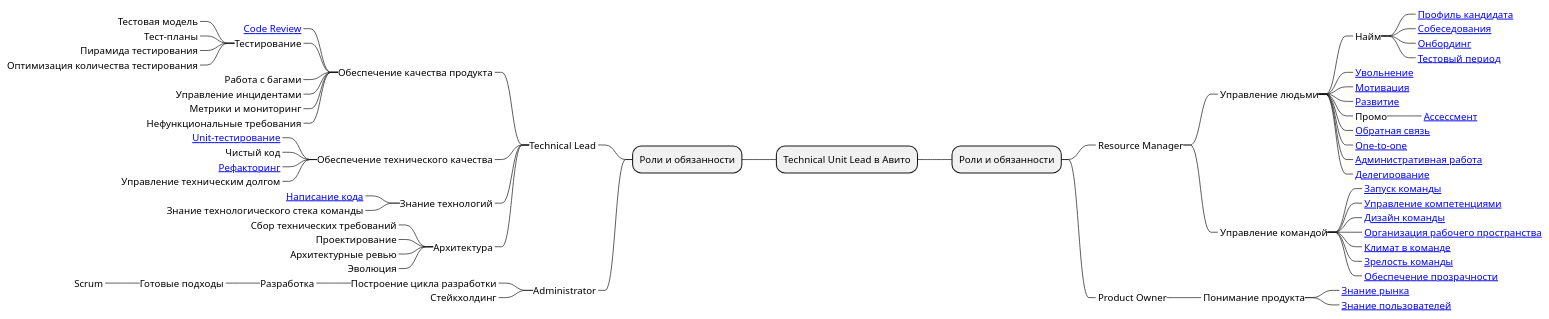
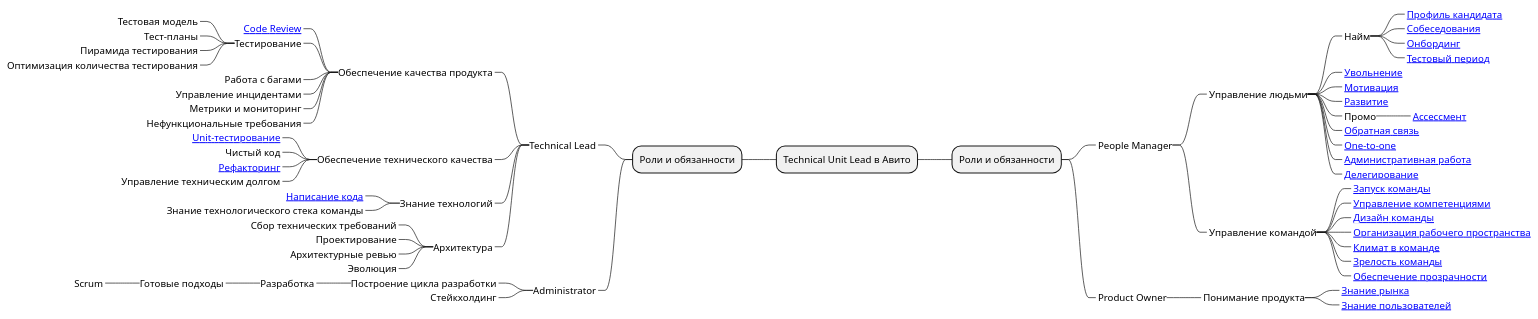
One commit to tlbootcamp/tlroadmap changed the diagram in examples/avito.puml. Above: the diagram before and after it, drawn with PlantUML. The commit also changed 5 other files, not shown here.

Commit message:
Renamed Resource Manager to People Manager (#178)

```diff
--- a/examples/avito.puml
+++ b/examples/avito.puml
@@ -1,68 +1,68 @@
 @startmindmap
 * Technical Unit Lead в Авито
 ** Роли и обязанности
-***_ Resource Manager
+***_ People Manager
 ****_ Управление людьми
 *****_ Найм
 ******_ [[https://github.com/tlbootcamp/tlroadmap/blob/master/skills/resource-manager/profile.md Профиль кандидата]]
 ******_ [[https://github.com/tlbootcamp/tlroadmap/blob/master/skills/resource-manager/interview.md Собеседования]]
 ******_ [[https://github.com/tlbootcamp/tlroadmap/blob/master/skills/resource-manager/onboarding.md Онбординг]]
 ******_ [[https://github.com/tlbootcamp/tlroadmap/blob/master/skills/resource-manager/test-period.md Тестовый период]]
 *****_ [[https://github.com/tlbootcamp/tlroadmap/blob/master/skills/resource-manager/firing.md Увольнение]]
 *****_ [[https://github.com/tlbootcamp/tlroadmap/blob/master/skills/resource-manager/motivation.md Мотивация]]
 *****_ [[https://github.com/tlbootcamp/tlroadmap/blob/master/skills/resource-manager/development.md Развитие]]
 *****_ Промо
 ******_ [[https://github.com/tlbootcamp/tlroadmap/blob/master/skills/resource-manager/assessment.md Ассессмент]]
 *****_ [[https://github.com/tlbootcamp/tlroadmap/blob/master/skills/resource-manager/feedback.md Обратная связь]]
 *****_ [[https://github.com/tlbootcamp/tlroadmap/blob/master/skills/resource-manager/one-to-one.md One-to-one]]
 *****_ [[https://github.com/tlbootcamp/tlroadmap/blob/master/skills/resource-manager/admin.md Административная работа]]
 *****_ [[https://github.com/tlbootcamp/tlroadmap/blob/master/skills/resource-manager/delegation.md Делегирование]]
 ****_ Управление командой
 *****_ [[https://github.com/tlbootcamp/tlroadmap/blob/master/skills/resource-manager/team-launch.md Запуск команды]]
 *****_ [[https://github.com/tlbootcamp/tlroadmap/blob/master/skills/resource-manager/competency-management.md Управление компетенциями]]
 *****_ [[https://github.com/tlbootcamp/tlroadmap/blob/master/skills/resource-manager/team-design.md Дизайн команды]]
 *****_ [[https://github.com/tlbootcamp/tlroadmap/blob/master/skills/resource-manager/workspace.md Организация рабочего пространства]]
 *****_ [[https://github.com/tlbootcamp/tlroadmap/blob/master/skills/resource-manager/team-climate.md Климат в команде]]
 *****_ [[https://github.com/tlbootcamp/tlroadmap/blob/master/skills/resource-manager/team-maturity.md Зрелость команды]]
 *****_ [[https://github.com/tlbootcamp/tlroadmap/blob/master/skills/resource-manager/transparency.md Обеспечение прозрачности]]
 ***_ Product Owner
 ****_ Понимание продукта
 *****_ [[https://github.com/tlbootcamp/tlroadmap/blob/master/skills/product-owner/market-knowledge.md Знание рынка]]
 *****_ [[https://github.com/tlbootcamp/tlroadmap/blob/master/skills/product-owner/user-knowledge.md Знание пользователей]]
 
 left side
 
 ** Роли и обязанности
 ***_ Technical Lead
 ****_ Обеспечение качества продукта
 *****_ [[https://github.com/tlbootcamp/tlroadmap/blob/master/skills/technical-lead/code-review.md Code Review]]
 *****_ Тестирование
 ******_ Тестовая модель
 ******_ Тест-планы
 ******_ Пирамида тестирования
 ******_ Оптимизация количества тестирования
 *****_ Работа с багами
 *****_ Управление инцидентами
 *****_ Метрики и мониторинг
 *****_ Нефункциональные требования
 ****_ Обеспечение технического качества
 *****_ [[https://github.com/tlbootcamp/tlroadmap/blob/master/skills/technical-lead/unit-testing.md Unit-тестирование]]
 *****_ Чистый код
 *****_ [[https://github.com/tlbootcamp/tlroadmap/blob/master/skills/technical-lead/refactoring.md Рефакторинг]]
 *****_ Управление техническим долгом
 ****_ Знание технологий
 *****_ [[https://github.com/tlbootcamp/tlroadmap/blob/master/skills/technical-lead/code.md Написание кода]]
 *****_ Знание технологического стека команды
 ****_ Архитектура
 *****_ Сбор технических требований
 *****_ Проектирование
 *****_ Архитектурные ревью
 *****_ Эволюция
 ***_ Administrator
 ****_ Построение цикла разработки
 *****_ Разработка
 ******_ Готовые подходы
 *******_ Scrum
 ****_ Стейкхолдинг
 
 @endmindmap
```
